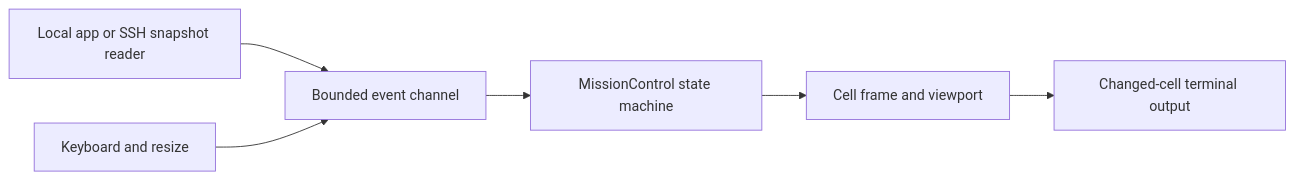
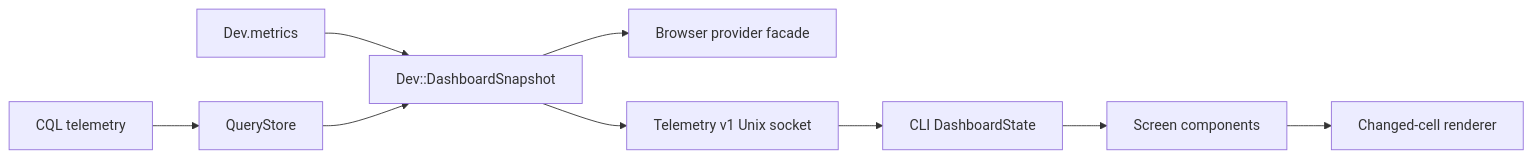
The diagram in docs/architecture/mission-control.md (azutoolkit/azu_cli), drawn with Mermaid before and after one commit. The commit also changed other lines of this file and 127 other files, not shown here.

Commit message:
feat: mirror Azu dashboard in terminal and migrate GitBook guides

````diff
--- a/docs/architecture/mission-control.md
+++ b/docs/architecture/mission-control.md
@@ -32,8 +13,11 @@
 ```mermaid
 flowchart LR
-  Sources[Local app or SSH snapshot reader] --> Events[Bounded event channel]
-  Keys[Keyboard and resize] --> Events
-  Events --> State[MissionControl state machine]
-  State --> Frame[Cell frame and viewport]
-  Frame --> Terminal[Changed-cell terminal output]
+  Metrics[Dev.metrics] --> Shared[Dev::DashboardSnapshot]
+  CQL[CQL telemetry] --> Store[QueryStore]
+  Store --> Shared
+  Shared --> Web[Browser provider facade]
+  Shared --> Socket[Telemetry v1 Unix socket]
+  Socket --> State[CLI DashboardState]
+  State --> View[Screen components]
+  View --> Frame[Changed-cell renderer]
 ```
````
